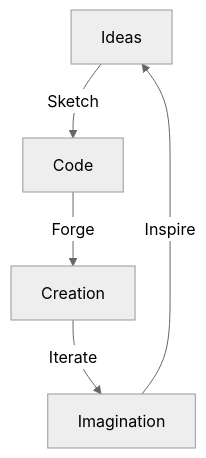
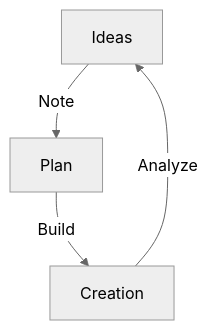
One commit to aysh-mzmdr/aysh-mzmdr changed the diagram in README.md. Above: the diagram before and after it, drawn with Mermaid (neutral theme). The commit also changed other lines of this file, not shown here.

````diff
--- a/README.md
+++ b/README.md
@@ -28,7 +31,6 @@
 ```mermaid
 graph TD;
-    Ideas -->|Sketch| Code;
-    Code -->|Forge| Creation;
-    Creation -->|Iterate| Imagination;
-    Imagination -->|Inspire| Ideas;
+    Ideas -->|Note| Plan;
+    Plan -->|Build| Creation;
+    Creation -->|Analyze| Ideas;
 ```
````
